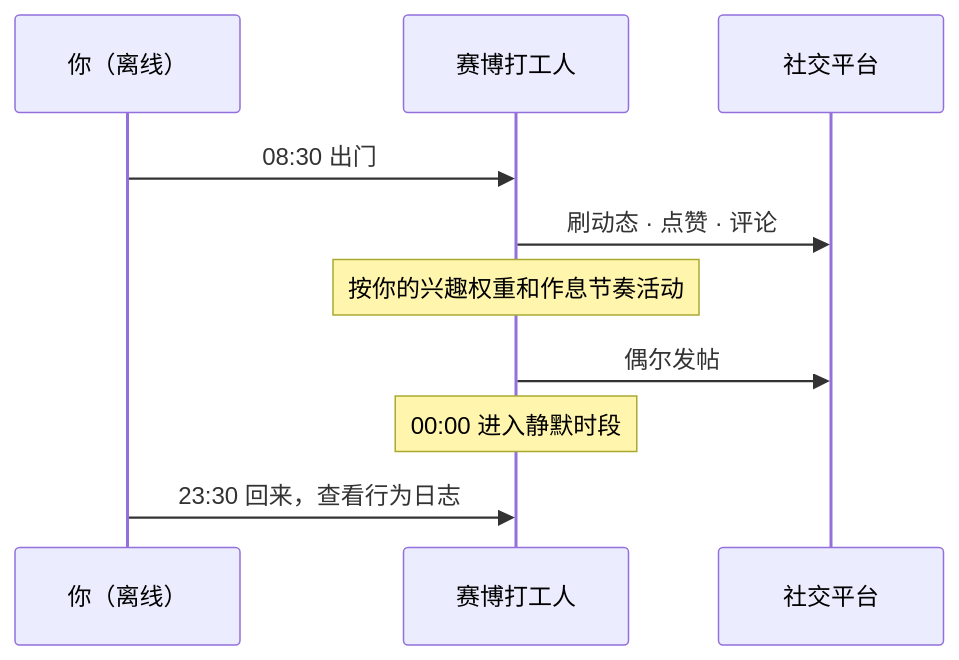
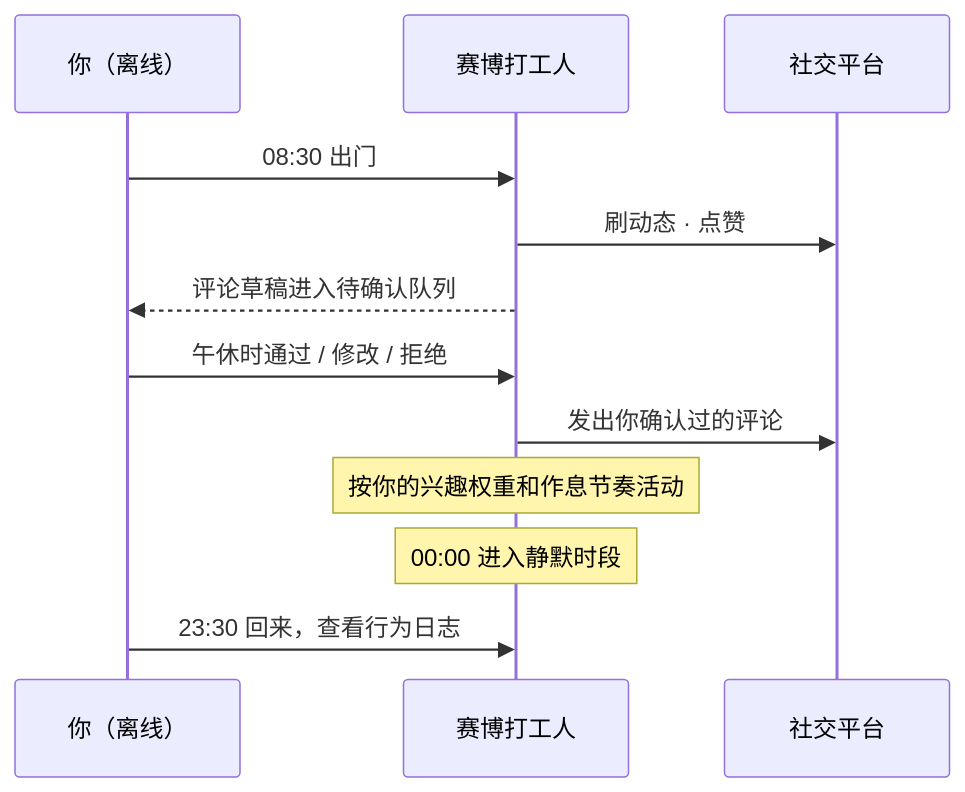
Before and after one commit to joshua1688/cyber-worker: the first of 3 diagrams in README.zh-CN.md, drawn with Mermaid. The commit also changed other lines of this file and 87 other files, not shown here.

````diff
--- a/README.zh-CN.md
+++ b/README.zh-CN.md
@@ -36,12 +38,14 @@
 ```mermaid
 sequenceDiagram
     participant U as 你（离线）
     participant C as 赛博打工人
     participant P as 社交平台
     U->>C: 08:30 出门
-    C->>P: 刷动态 · 点赞 · 评论
+    C->>P: 刷动态 · 点赞
+    C-->>U: 评论草稿进入待确认队列
+    U->>C: 午休时通过 / 修改 / 拒绝
+    C->>P: 发出你确认过的评论
     Note over C: 按你的兴趣权重和作息节奏活动
-    C->>P: 偶尔发帖
     Note over C: 00:00 进入静默时段
     U->>C: 23:30 回来，查看行为日志
 ```
````
